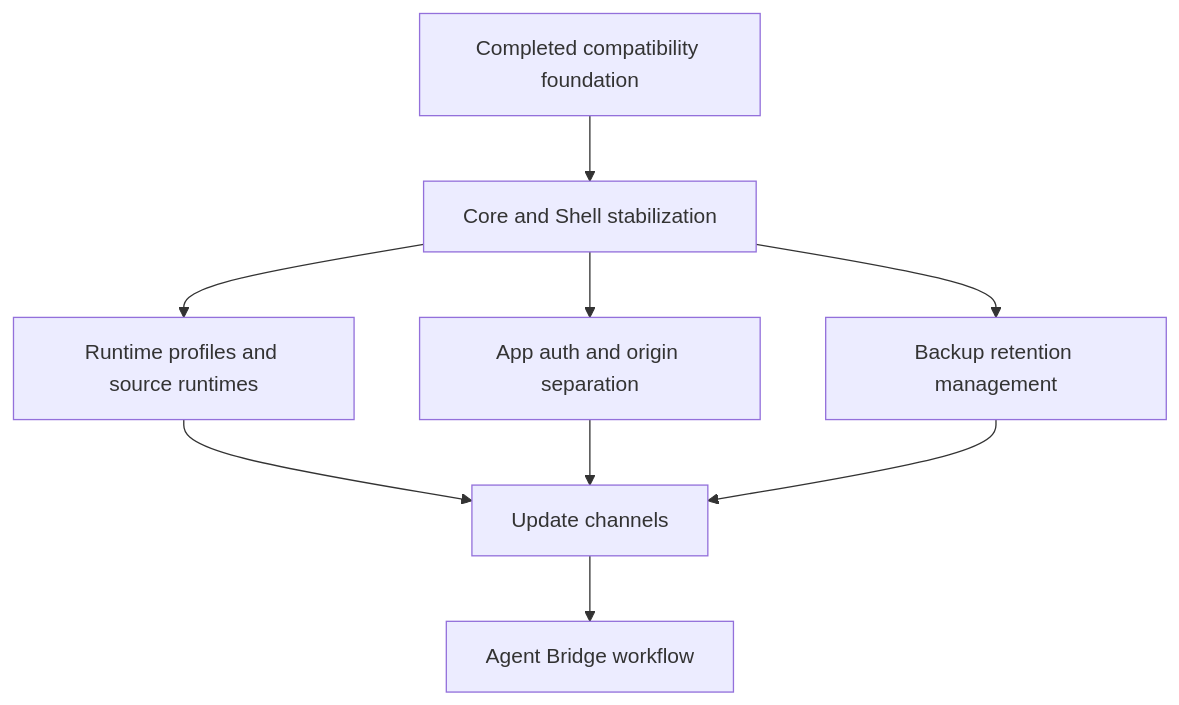
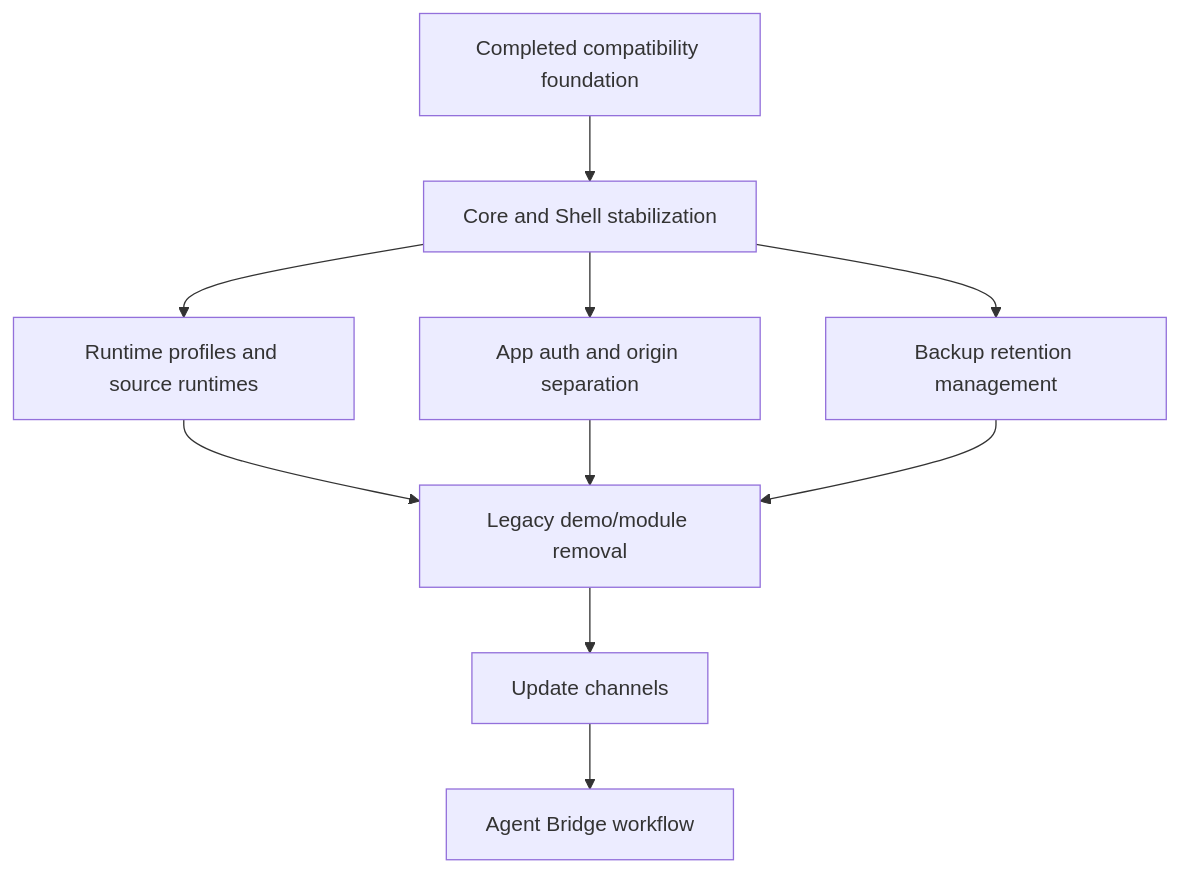
The diagram in docs/roadmap.md (alex-de-haas/docker-host), drawn with Mermaid before and after one commit. The commit also changed other lines of this file and 13 other files, not shown here.

````diff
--- a/docs/roadmap.md
+++ b/docs/roadmap.md
@@ -9,11 +9,12 @@
 ```mermaid
 flowchart TD
   A["Completed compatibility foundation"] --> B["Core and Shell stabilization"]
   B --> C["Runtime profiles and source runtimes"]
   B --> D["App auth and origin separation"]
   B --> E["Backup retention management"]
-  C --> F["Update channels"]
-  D --> F
-  E --> F
+  C --> L["Legacy demo/module removal"]
+  D --> L
+  E --> L
+  L --> F["Update channels"]
   F --> G["Agent Bridge workflow"]
 ```
````
